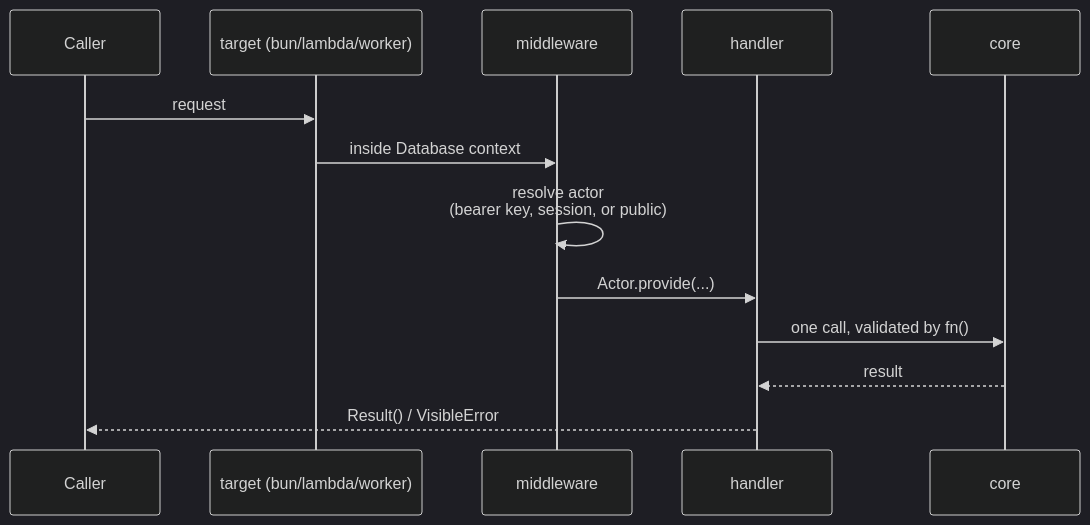
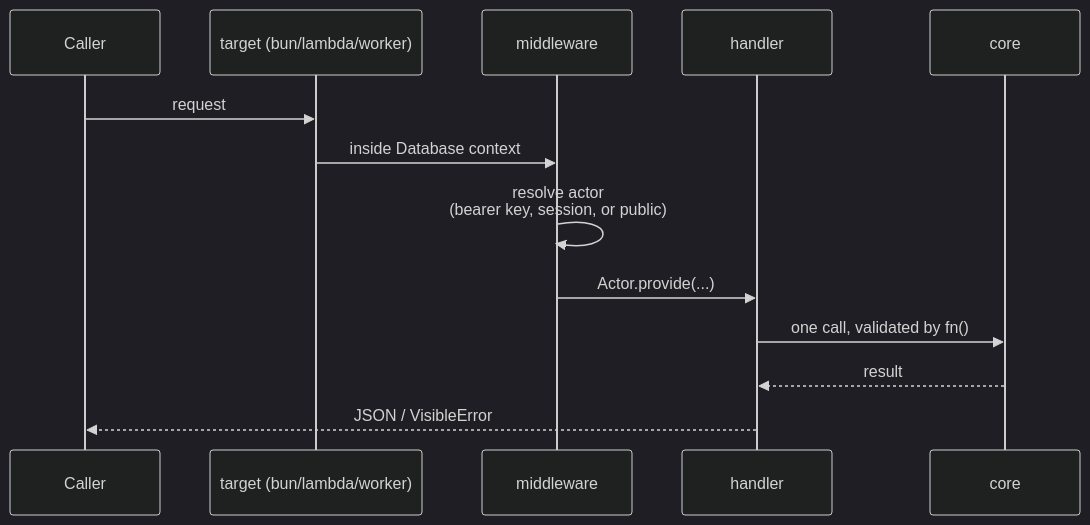
One commit to andre-brandao/template changed the first of 2 diagrams in docs/runtime.md. Above: the diagram before and after it, drawn with Mermaid (dark theme). The commit also changed 7 other files, not shown here.

````diff
--- a/docs/runtime.md
+++ b/docs/runtime.md
@@ -8,16 +8,16 @@
 ```mermaid
 sequenceDiagram
   participant C as Caller
   participant T as target (bun/lambda/worker)
   participant M as middleware
   participant H as handler
   participant Core as core
 
   C->>T: request
   T->>M: inside Database context
   M->>M: resolve actor<br/>(bearer key, session, or public)
   M->>H: Actor.provide(...)
   H->>Core: one call, validated by fn()
   Core-->>H: result
-  H-->>C: Result() / VisibleError
+  H-->>C: JSON / VisibleError
 ```
````
